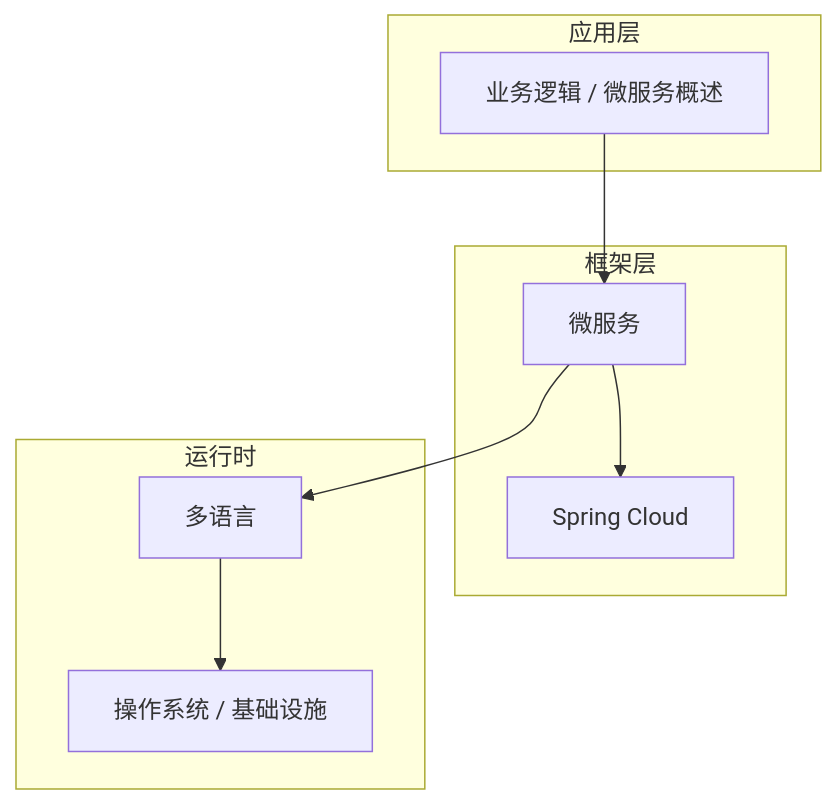
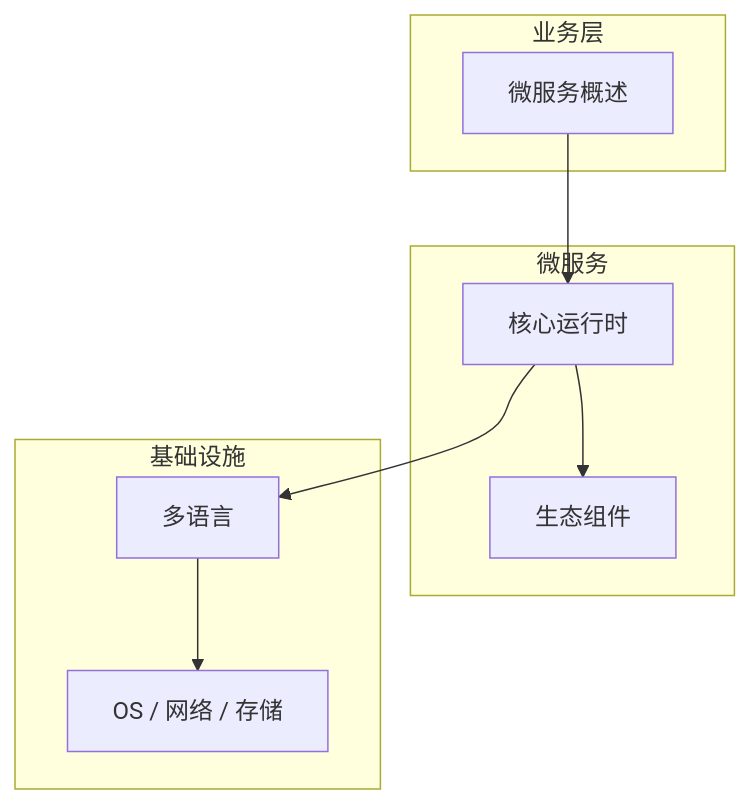
The diagram in articles/微服务架构/chapters/001-微服务概述核心概念与原理.md (yanggan2015/knowledge-json-v2), drawn with Mermaid before and after one commit. The commit also changed other lines of this file and 10127 other files, not shown here.

````diff
--- a/articles/微服务架构/chapters/001-微服务概述核心概念与原理.md
+++ b/articles/微服务架构/chapters/001-微服务概述核心概念与原理.md
@@ -45,18 +34,18 @@
 ```mermaid
 graph TB
-    subgraph 应用层
-        A[业务逻辑 / 微服务概述]
+    subgraph 业务层
+        A[微服务概述]
     end
-    subgraph 框架层
-        B[微服务]
-        C[Spring Cloud]
+    subgraph 微服务
+        B[核心运行时]
+        C[生态组件]
     end
-    subgraph 运行时
+    subgraph 基础设施
         D[多语言]
-        E[操作系统 / 基础设施]
+        E[OS / 网络 / 存储]
     end
     A --> B
     B --> C
     B --> D
     D --> E
 ```
````
